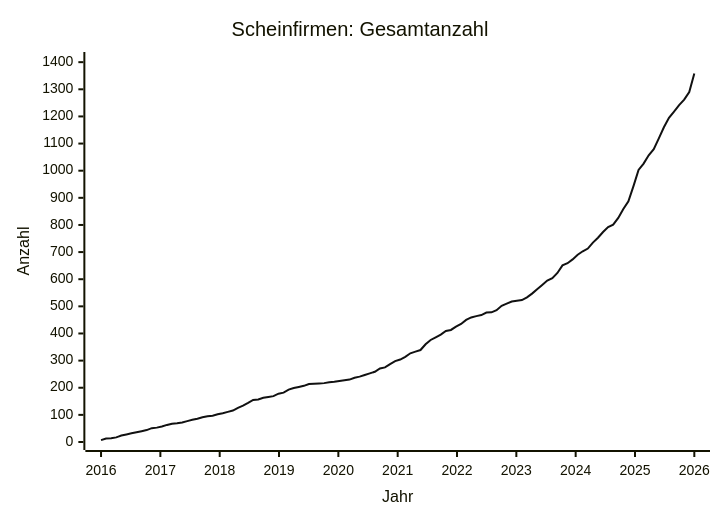
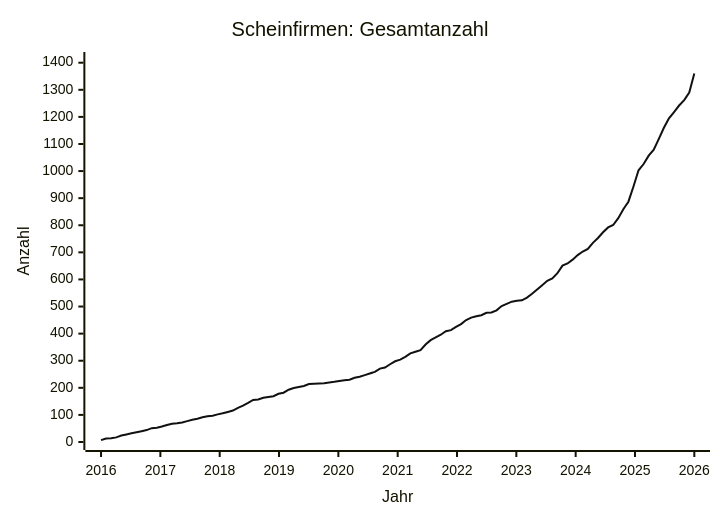
Before and after one commit to arjoma/scheinfirmen-at: the diagram in data/STATS.md, drawn with Mermaid. The commit also changed other lines of this file and 3 other files, not shown here.

````diff
--- a/data/STATS.md
+++ b/data/STATS.md
@@ -9,13 +9,13 @@
 ```mermaid
 ---
 config:
   themeVariables:
     xyChart:
       plotColorPalette: "#111111"
 ---
 xychart-beta
     title "Scheinfirmen: Gesamtanzahl"
     x-axis "Jahr" 2016 --> 2026
-    y-axis "Anzahl" 0 --> 1408
-    line [7, 13, 14, 17, 24, 28, 32, 36, 40, 44, 51, 53, 57, 63, 67, 69, 72, 77, 82, 86, 91, 95, 97, 102, 106, 111, 116, 126, 134, 144, 155, 157, 163, 166, 169, 178, 182, 193, 199, 203, 207, 214, 215, 216, 217, 220, 222, 225, 228, 230, 237, 241, 247, 253, 259, 271, 275, 287, 298, 304, 314, 327, 333, 339, 360, 376, 386, 396, 409, 413, 425, 435, 450, 459, 464, 468, 477, 478, 486, 502, 510, 518, 521, 523, 533, 547, 563, 579, 595, 604, 623, 651, 659, 673, 690, 703, 713, 735, 753, 774, 792, 801, 826, 859, 887, 943, 1003, 1026, 1057, 1079, 1119, 1160, 1195, 1218, 1242, 1262, 1290, 1358]
+    y-axis "Anzahl" 0 --> 1410
+    line [7, 13, 14, 17, 24, 28, 32, 36, 40, 44, 51, 53, 57, 63, 67, 69, 72, 77, 82, 86, 91, 95, 97, 102, 106, 111, 116, 126, 134, 144, 155, 157, 163, 166, 169, 178, 182, 193, 199, 203, 207, 214, 215, 216, 217, 220, 222, 225, 228, 230, 237, 241, 247, 253, 259, 271, 275, 287, 298, 304, 314, 327, 333, 339, 360, 376, 386, 396, 409, 413, 425, 435, 450, 459, 464, 468, 477, 478, 486, 502, 510, 518, 521, 523, 533, 547, 563, 579, 595, 604, 623, 651, 659, 673, 690, 703, 713, 735, 753, 774, 792, 801, 826, 859, 887, 943, 1003, 1026, 1057, 1079, 1119, 1160, 1195, 1218, 1242, 1262, 1290, 1360]
 ```
````
